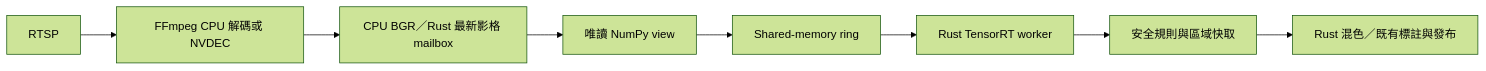
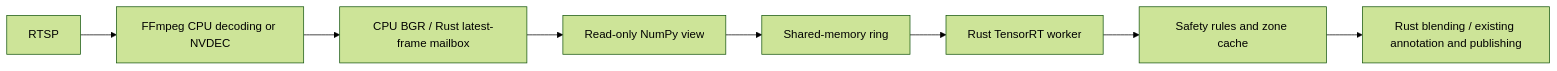
One commit to yihong1120/Construction-Hazard-Detection changed the diagram in bindings/python/postprocess/README.md. Above: the diagram before and after it, drawn with Mermaid (forest theme). The commit also changed other lines of this file and 63 other files, not shown here.

````diff
--- a/bindings/python/postprocess/README.md
+++ b/bindings/python/postprocess/README.md
@@ -138,10 +106,10 @@
 ```mermaid
 flowchart LR
-    RTSP --> F[FFmpeg CPU 解碼或 NVDEC]
-    F --> B[CPU BGR／Rust 最新影格 mailbox]
-    B --> P[唯讀 NumPy view]
+    RTSP --> F[FFmpeg CPU decoding or NVDEC]
+    F --> B[CPU BGR / Rust latest-frame mailbox]
+    B --> P[Read-only NumPy view]
     P --> S[Shared-memory ring]
     S --> T[Rust TensorRT worker]
-    T --> G[安全規則與區域快取]
-    G --> O[Rust 混色／既有標註與發布]
+    T --> G[Safety rules and zone cache]
+    G --> O[Rust blending / existing annotation and publishing]
 ```
````
